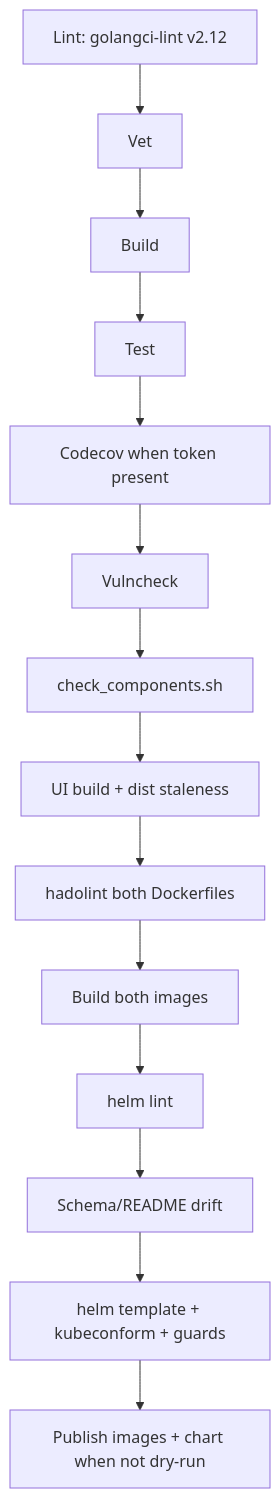
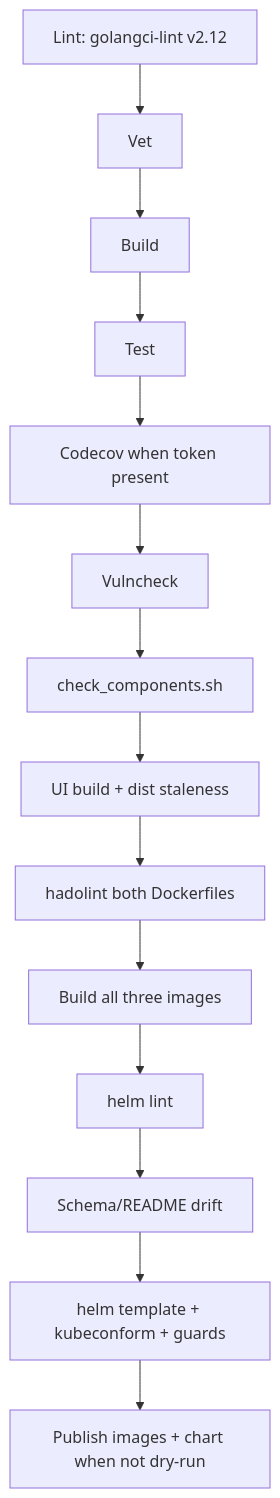
Before and after one commit to webcenter-fr/go-mcp-platform: the second of 3 diagrams in docs/design/02-deployment-and-ci.en.md, drawn with Mermaid. The commit also changed other lines of this file and 89 other files, not shown here.

````diff
--- a/docs/design/02-deployment-and-ci.en.md
+++ b/docs/design/02-deployment-and-ci.en.md
@@ -98,16 +119,16 @@
 ```mermaid
 graph TD
   lint[Lint: golangci-lint v2.12] --> vet[Vet]
   vet --> build[Build]
   build --> test[Test]
   test --> codecov[Codecov when token present]
   codecov --> vuln[Vulncheck]
   vuln --> components[check_components.sh]
   components --> ui[UI build + dist staleness]
   ui --> lintImages[hadolint both Dockerfiles]
-  lintImages --> images[Build both images]
+  lintImages --> images[Build all three images]
   images --> helmLint[helm lint]
   helmLint --> helmDrift[Schema/README drift]
   helmDrift --> helmTemplate[helm template + kubeconform + guards]
   helmTemplate --> publish[Publish images + chart when not dry-run]
 ```
````
